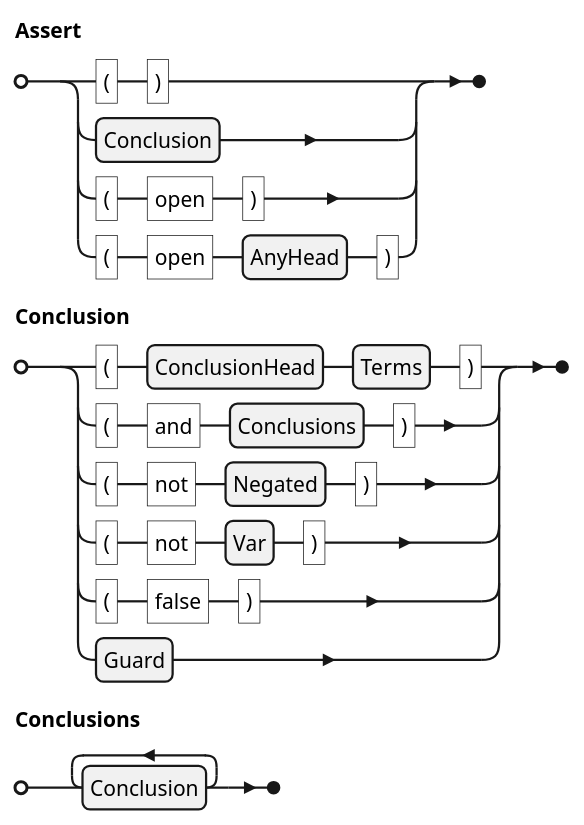
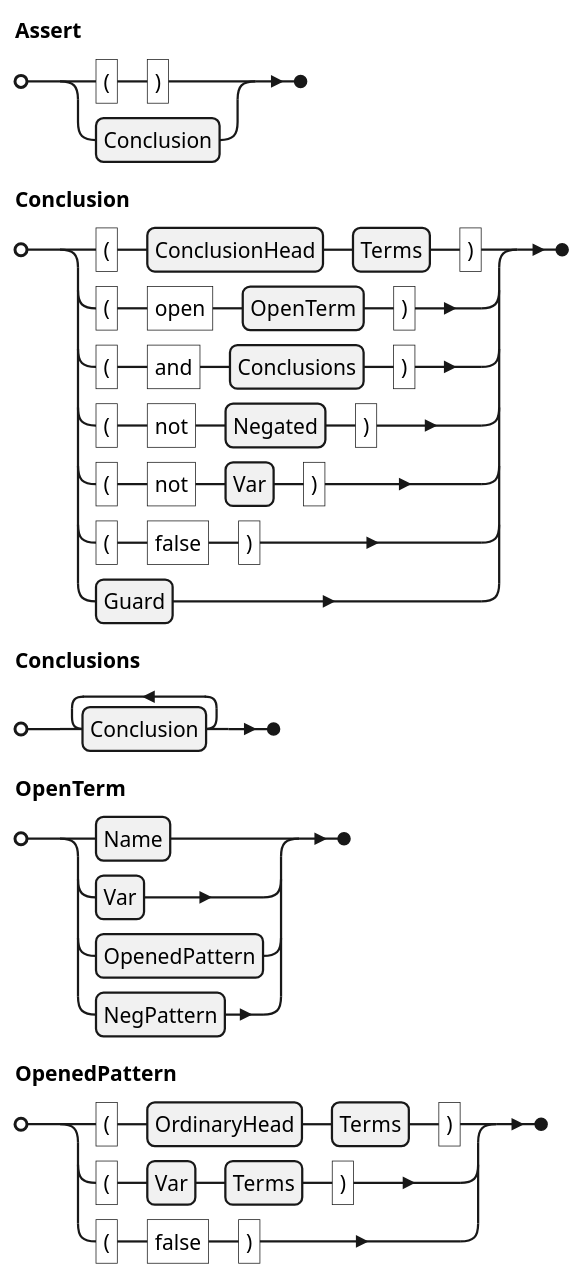
The diagram in docs/ein/user/04-reference/diagrams/01-grammar-phrase-assert.puml (agutikov/ein), drawn with PlantUML before and after one commit. The commit also changed 41 other files, not shown here.

```diff
--- a/docs/ein/user/04-reference/diagrams/01-grammar-phrase-assert.puml
+++ b/docs/ein/user/04-reference/diagrams/01-grammar-phrase-assert.puml
@@ -1,11 +1,14 @@
 @startebnf
-Assert = "(" , ")" | Conclusion | "(" , "open" , ")" | "(" , "open" , AnyHead , ")" ;
+Assert = "(" , ")" | Conclusion ;
 Conclusion =
     "(" , ConclusionHead , Terms , ")"
+  | "(" , "open" , OpenTerm , ")"
   | "(" , "and" , Conclusions , ")"
   | "(" , "not" , Negated , ")"
   | "(" , "not" , Var , ")"
   | "(" , "false" , ")"
   | Guard ;
 Conclusions = { Conclusion }- ;
+OpenTerm = Name | Var | OpenedPattern | NegPattern ;
+OpenedPattern = "(" , OrdinaryHead , Terms , ")" | "(" , Var , Terms , ")" | "(" , "false" , ")" ;
 @endebnf
```
